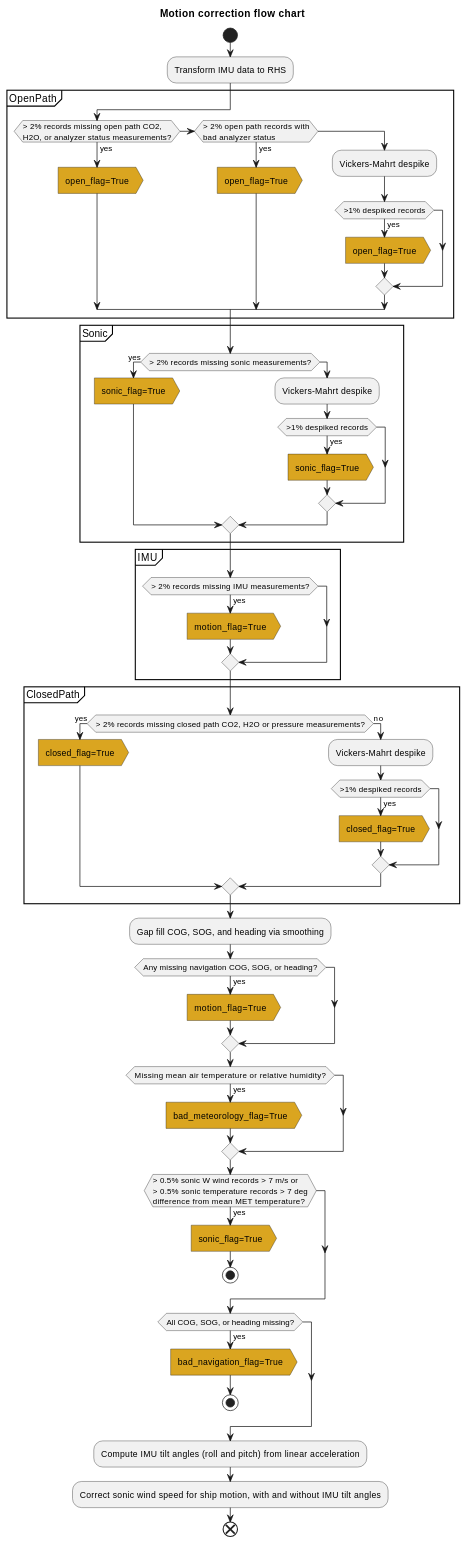
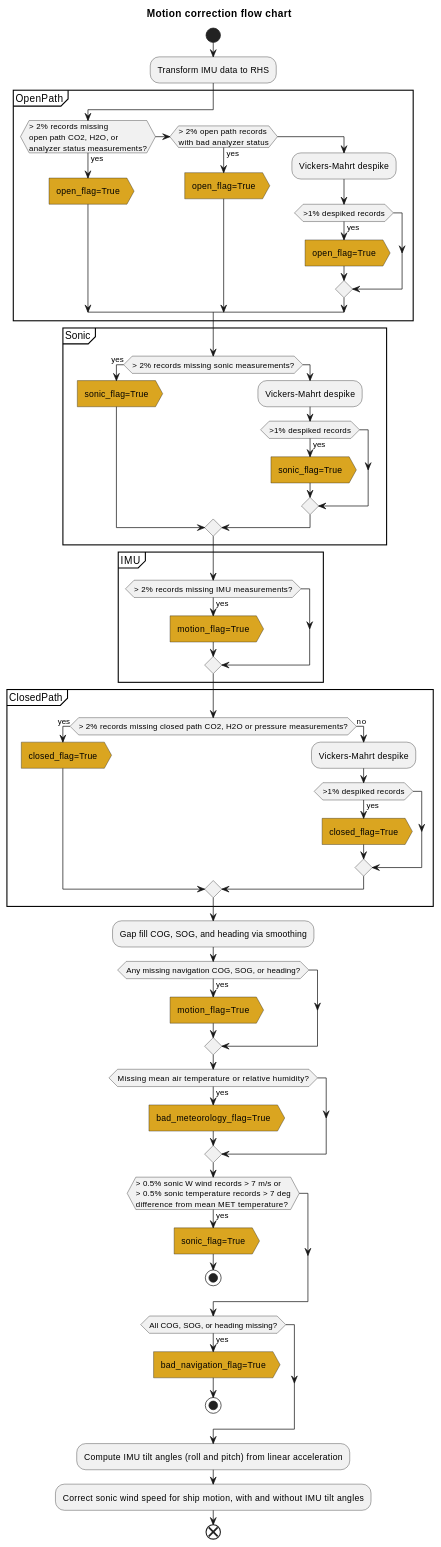
The diagram in README.org (UofM-CEOS/flux_capacitor), drawn with PlantUML before and after one commit. The commit also changed other lines of this file and 4 other files, not shown here.

```diff
--- a/README.org
+++ b/README.org
@@ -114,64 +110,65 @@
 #+BEGIN_SRC plantuml :file motion_correction_flowchart.png :exports results
   start
   title Motion correction flow chart
   :Transform IMU data to RHS;
   partition OpenPath {
-  if (> 2% records missing open path CO2,
-  H2O, or analyzer status measurements?) then (yes)
+  if (> 2% records missing
+  open path CO2, H2O, or
+  analyzer status measurements?) then (yes)
     #GoldenRod:open_flag=True>
-  elseif (> 2% open path records with
-  bad analyzer status) then (yes)
+  elseif (> 2% open path records
+  with bad analyzer status) then (yes)
     #GoldenRod:open_flag=True>
   else
     :Vickers-Mahrt despike;
     if (>1% despiked records) then (yes)
     #GoldenRod:open_flag=True>
     endif
   endif
   }
   partition Sonic {
   if (> 2% records missing sonic measurements?) then (yes)
     #GoldenRod:sonic_flag=True>
   else
     :Vickers-Mahrt despike;
     if (>1% despiked records) then (yes)
     #GoldenRod:sonic_flag=True>
     endif
   endif
   }
   partition IMU {
   if (> 2% records missing IMU measurements?) then (yes)
     #GoldenRod:motion_flag=True>
   endif
   }
   partition ClosedPath {
   if (> 2% records missing closed path CO2, H2O or pressure measurements?) then (yes)
     #GoldenRod:closed_flag=True>
   else (no)
     :Vickers-Mahrt despike;
     if (>1% despiked records) then (yes)
     #GoldenRod:closed_flag=True>
     endif
   endif
   }
   :Gap fill COG, SOG, and heading via smoothing;
   if (Any missing navigation COG, SOG, or heading?) then (yes)
     #GoldenRod:motion_flag=True>
   endif
   if (Missing mean air temperature or relative humidity?) then (yes)
     #GoldenRod:bad_meteorology_flag=True>
   endif
   if (> 0.5% sonic W wind records > 7 m/s or
   > 0.5% sonic temperature records > 7 deg
   difference from mean MET temperature?) then (yes)
     #GoldenRod:sonic_flag=True>
     stop
   endif
   if (All COG, SOG, or heading missing?) then (yes)
     #GoldenRod:bad_navigation_flag=True>
     stop
   endif
   :Compute IMU tilt angles (roll and pitch) from linear acceleration;
   :Correct sonic wind speed for ship motion, with and without IMU tilt angles;
   end
 #+END_SRC
```
